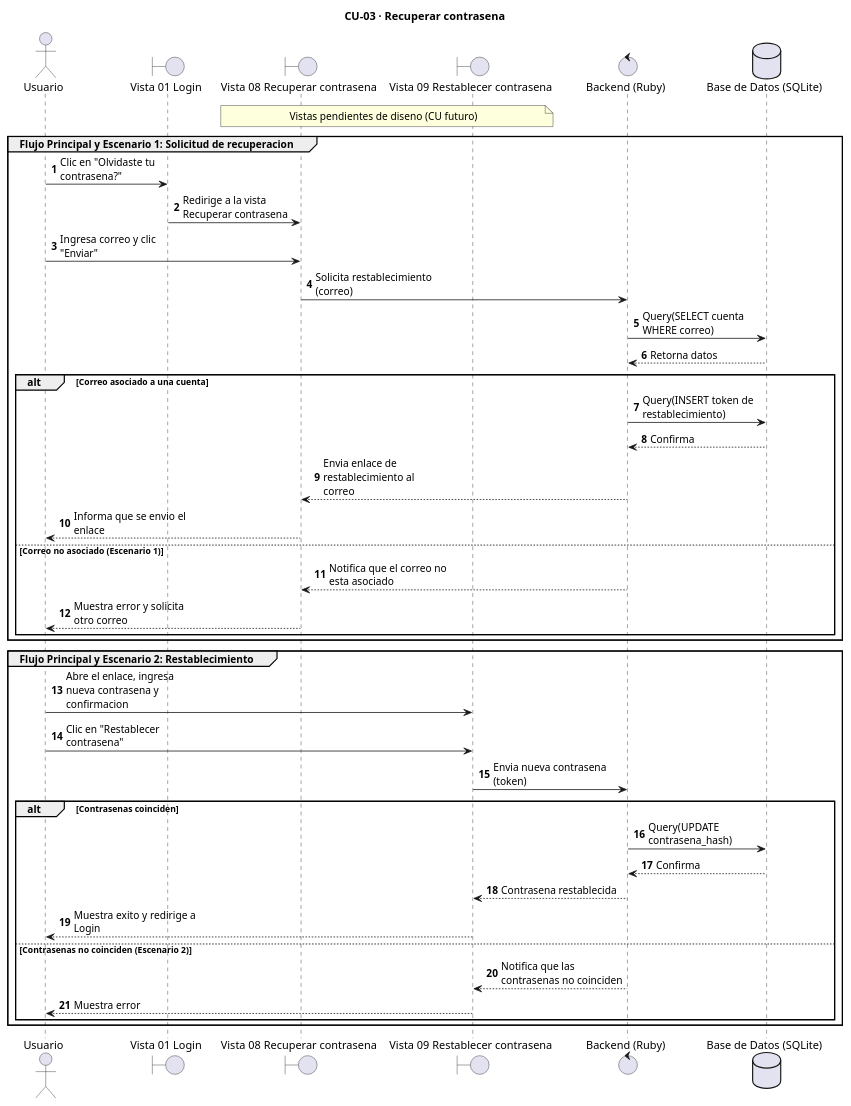
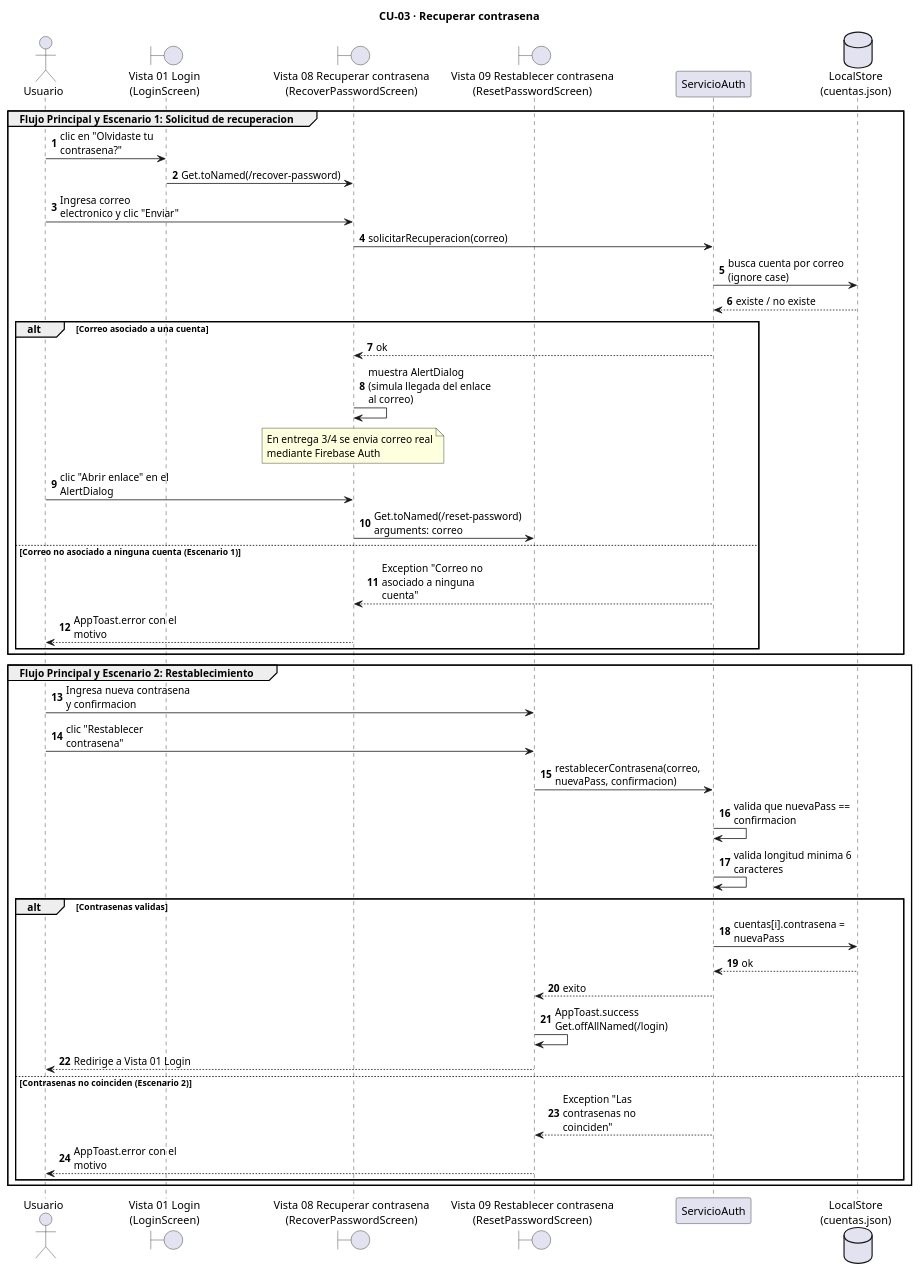
One commit to jeffangeloss/ReportaYA-Front changed the diagram in docs/diagrams/CU-03_RecuperarContrasena_seq.puml. Above: the diagram before and after it, drawn with PlantUML. The commit also changed 8 other files, not shown here.

Commit message:
diagramas

```diff
--- a/docs/diagrams/CU-03_RecuperarContrasena_seq.puml
+++ b/docs/diagrams/CU-03_RecuperarContrasena_seq.puml
@@ -1,47 +1,51 @@
 @startuml
 title CU-03 · Recuperar contrasena
 skinparam maxMessageSize 160
 autonumber
+
 actor Usuario
-boundary "Vista 01 Login" as V1
-boundary "Vista 08 Recuperar contrasena" as V8
-boundary "Vista 09 Restablecer contrasena" as V9
-control "Backend (Ruby)" as Backend
-database "Base de Datos (SQLite)" as DB
-
-note over V8, V9: Vistas pendientes de diseno (CU futuro)
+boundary "Vista 01 Login\n(LoginScreen)" as V1
+boundary "Vista 08 Recuperar contrasena\n(RecoverPasswordScreen)" as V8
+boundary "Vista 09 Restablecer contrasena\n(ResetPasswordScreen)" as V9
+participant "ServicioAuth" as SvcAuth
+database "LocalStore\n(cuentas.json)" as DB
 
 group Flujo Principal y Escenario 1: Solicitud de recuperacion
-    Usuario -> V1: Clic en "Olvidaste tu contrasena?"
-    V1 -> V8: Redirige a la vista Recuperar contrasena
-    Usuario -> V8: Ingresa correo y clic "Enviar"
-    V8 -> Backend: Solicita restablecimiento (correo)
-    Backend -> DB: Query(SELECT cuenta WHERE correo)
-    DB --> Backend: Retorna datos
+    Usuario -> V1: clic en "Olvidaste tu contrasena?"
+    V1 -> V8: Get.toNamed(/recover-password)
+    Usuario -> V8: Ingresa correo electronico y clic "Enviar"
+    V8 -> SvcAuth: solicitarRecuperacion(correo)
+    SvcAuth -> DB: busca cuenta por correo\n(ignore case)
+    DB --> SvcAuth: existe / no existe
 
     alt Correo asociado a una cuenta
-        Backend -> DB: Query(INSERT token de restablecimiento)
-        DB --> Backend: Confirma
-        Backend --> V8: Envia enlace de restablecimiento al correo
-        V8 --> Usuario: Informa que se envio el enlace
-    else Correo no asociado (Escenario 1)
-        Backend --> V8: Notifica que el correo no esta asociado
-        V8 --> Usuario: Muestra error y solicita otro correo
+        SvcAuth --> V8: ok
+        V8 -> V8: muestra AlertDialog\n(simula llegada del enlace al correo)
+        note over V8: En entrega 3/4 se envia correo real\nmediante Firebase Auth
+        Usuario -> V8: clic "Abrir enlace" en el AlertDialog
+        V8 -> V9: Get.toNamed(/reset-password)\narguments: correo
+    else Correo no asociado a ninguna cuenta (Escenario 1)
+        SvcAuth --> V8: Exception "Correo no asociado a ninguna cuenta"
+        V8 --> Usuario: AppToast.error con el motivo
     end
 end
 
 group Flujo Principal y Escenario 2: Restablecimiento
-    Usuario -> V9: Abre el enlace, ingresa nueva contrasena y confirmacion
-    Usuario -> V9: Clic en "Restablecer contrasena"
-    V9 -> Backend: Envia nueva contrasena (token)
-    alt Contrasenas coinciden
-        Backend -> DB: Query(UPDATE contrasena_hash)
-        DB --> Backend: Confirma
-        Backend --> V9: Contrasena restablecida
-        V9 --> Usuario: Muestra exito y redirige a Login
+    Usuario -> V9: Ingresa nueva contrasena y confirmacion
+    Usuario -> V9: clic "Restablecer contrasena"
+    V9 -> SvcAuth: restablecerContrasena(correo, nuevaPass, confirmacion)
+    SvcAuth -> SvcAuth: valida que nuevaPass == confirmacion
+    SvcAuth -> SvcAuth: valida longitud minima 6 caracteres
+
+    alt Contrasenas validas
+        SvcAuth -> DB: cuentas[i].contrasena = nuevaPass
+        DB --> SvcAuth: ok
+        SvcAuth --> V9: exito
+        V9 -> V9: AppToast.success\nGet.offAllNamed(/login)
+        V9 --> Usuario: Redirige a Vista 01 Login
     else Contrasenas no coinciden (Escenario 2)
-        Backend --> V9: Notifica que las contrasenas no coinciden
-        V9 --> Usuario: Muestra error
+        SvcAuth --> V9: Exception "Las contrasenas no coinciden"
+        V9 --> Usuario: AppToast.error con el motivo
     end
 end
 @enduml
```
